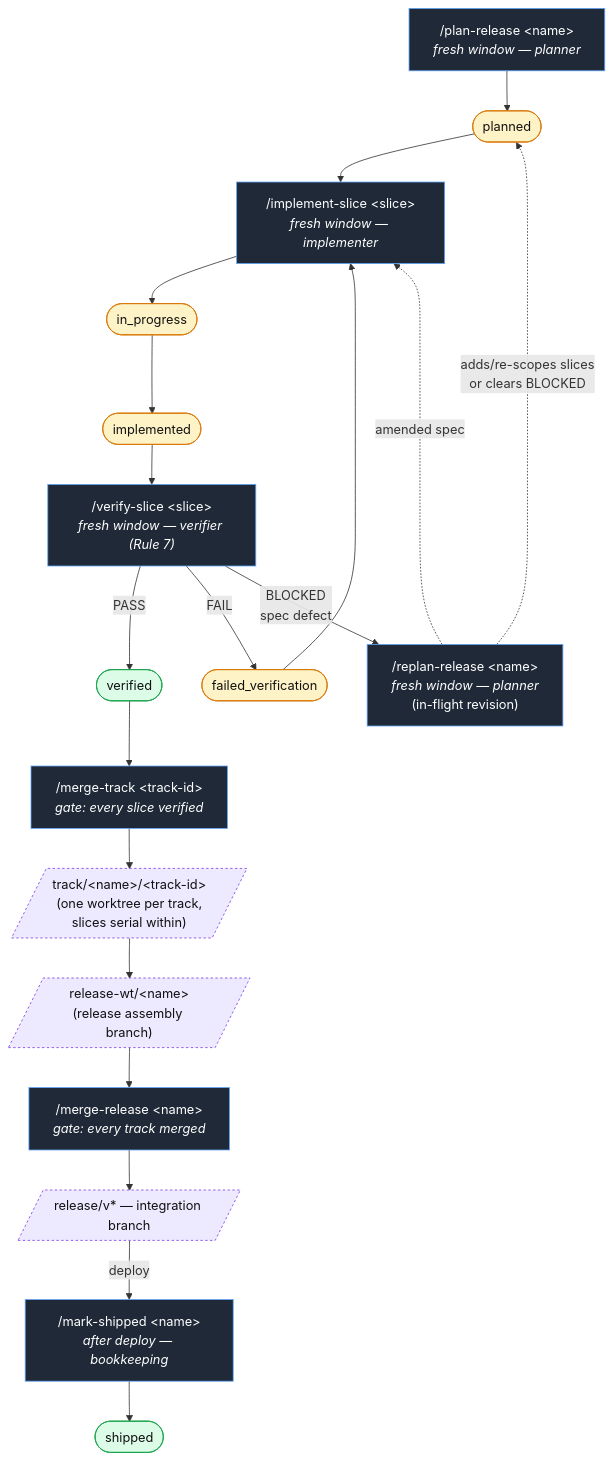
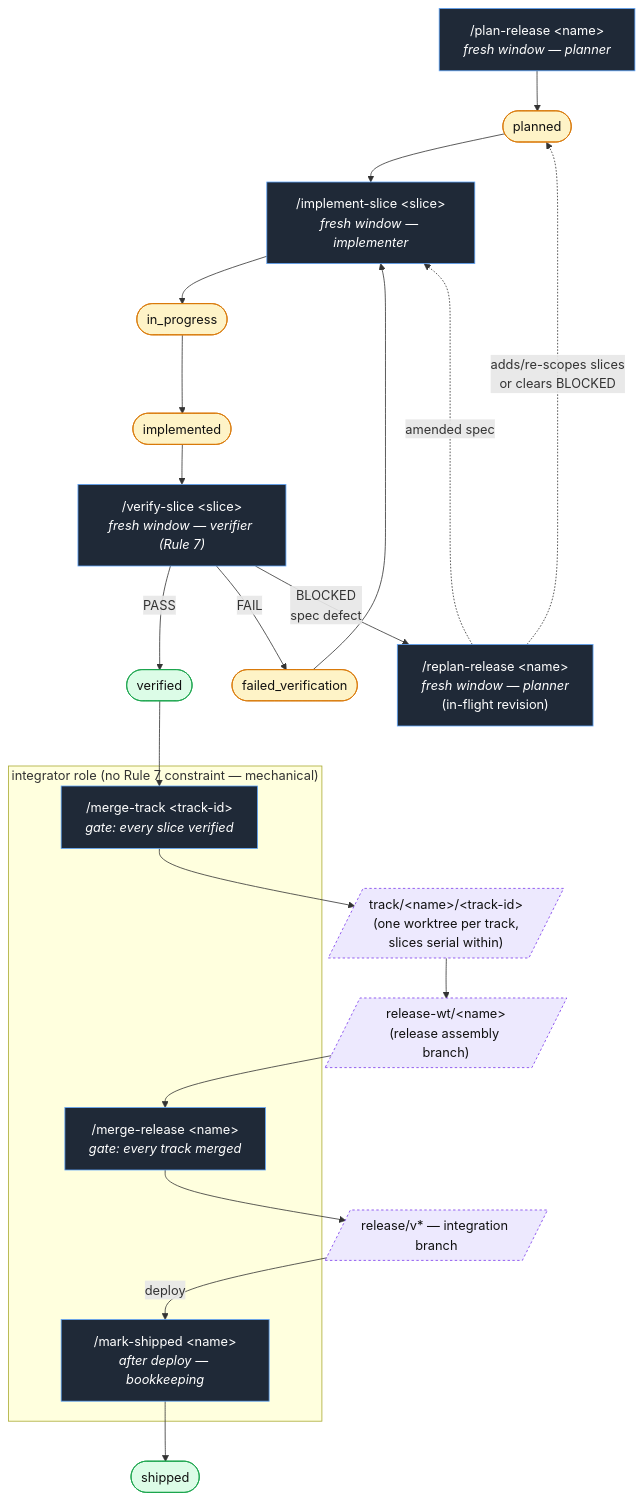
The diagram in README.md (sawy3r/baton), drawn with Mermaid before and after one commit. The commit also changed other lines of this file, not shown here.

````diff
--- a/README.md
+++ b/README.md
@@ -167,42 +168,44 @@
 ```mermaid
 flowchart TD
     classDef cmd fill:#1f2937,stroke:#60a5fa,color:#fff,stroke-width:1px
     classDef state fill:#fef3c7,stroke:#d97706,color:#111
     classDef terminal fill:#dcfce7,stroke:#16a34a,color:#111
     classDef branch fill:#ede9fe,stroke:#7c3aed,color:#111,stroke-dasharray:3 3
 
     plan["/plan-release &lt;name&gt;<br/><i>fresh window — planner</i>"]:::cmd
     replan["/replan-release &lt;name&gt;<br/><i>fresh window — planner</i><br/>(in-flight revision)"]:::cmd
     impl["/implement-slice &lt;slice&gt;<br/><i>fresh window — implementer</i>"]:::cmd
     verify["/verify-slice &lt;slice&gt;<br/><i>fresh window — verifier (Rule 7)</i>"]:::cmd
-    mtrack["/merge-track &lt;track-id&gt;<br/><i>gate: every slice verified</i>"]:::cmd
-    mrelease["/merge-release &lt;name&gt;<br/><i>gate: every track merged</i>"]:::cmd
-    shipped["/mark-shipped &lt;name&gt;<br/><i>after deploy — bookkeeping</i>"]:::cmd
+    subgraph integrator["integrator role (no Rule 7 constraint — mechanical)"]
+        mtrack["/merge-track &lt;track-id&gt;<br/><i>gate: every slice verified</i>"]:::cmd
+        mrelease["/merge-release &lt;name&gt;<br/><i>gate: every track merged</i>"]:::cmd
+        shipped["/mark-shipped &lt;name&gt;<br/><i>after deploy — bookkeeping</i>"]:::cmd
+    end
 
     planned([planned]):::state
     inprog([in_progress]):::state
     implemented([implemented]):::state
     verified([verified]):::terminal
     failed([failed_verification]):::state
     shipState([shipped]):::terminal
 
     trackBranch[/"track/&lt;name&gt;/&lt;track-id&gt;<br/>(one worktree per track,<br/>slices serial within)"/]:::branch
     relWt[/"release-wt/&lt;name&gt;<br/>(release assembly branch)"/]:::branch
     integ[/"release/v* — integration branch"/]:::branch
 
     plan --> planned
     replan -.->|adds/re-scopes slices<br/>or clears BLOCKED| planned
     planned --> impl
     impl --> inprog --> implemented
     implemented --> verify
     verify -->|PASS| verified
     verify -->|FAIL| failed --> impl
     verify -->|BLOCKED<br/>spec defect| replan
     replan -.->|amended spec| impl
 
     verified --> mtrack
     mtrack --> trackBranch
     trackBranch --> relWt
     relWt --> mrelease --> integ
     integ -->|deploy| shipped --> shipState
 ```
````
